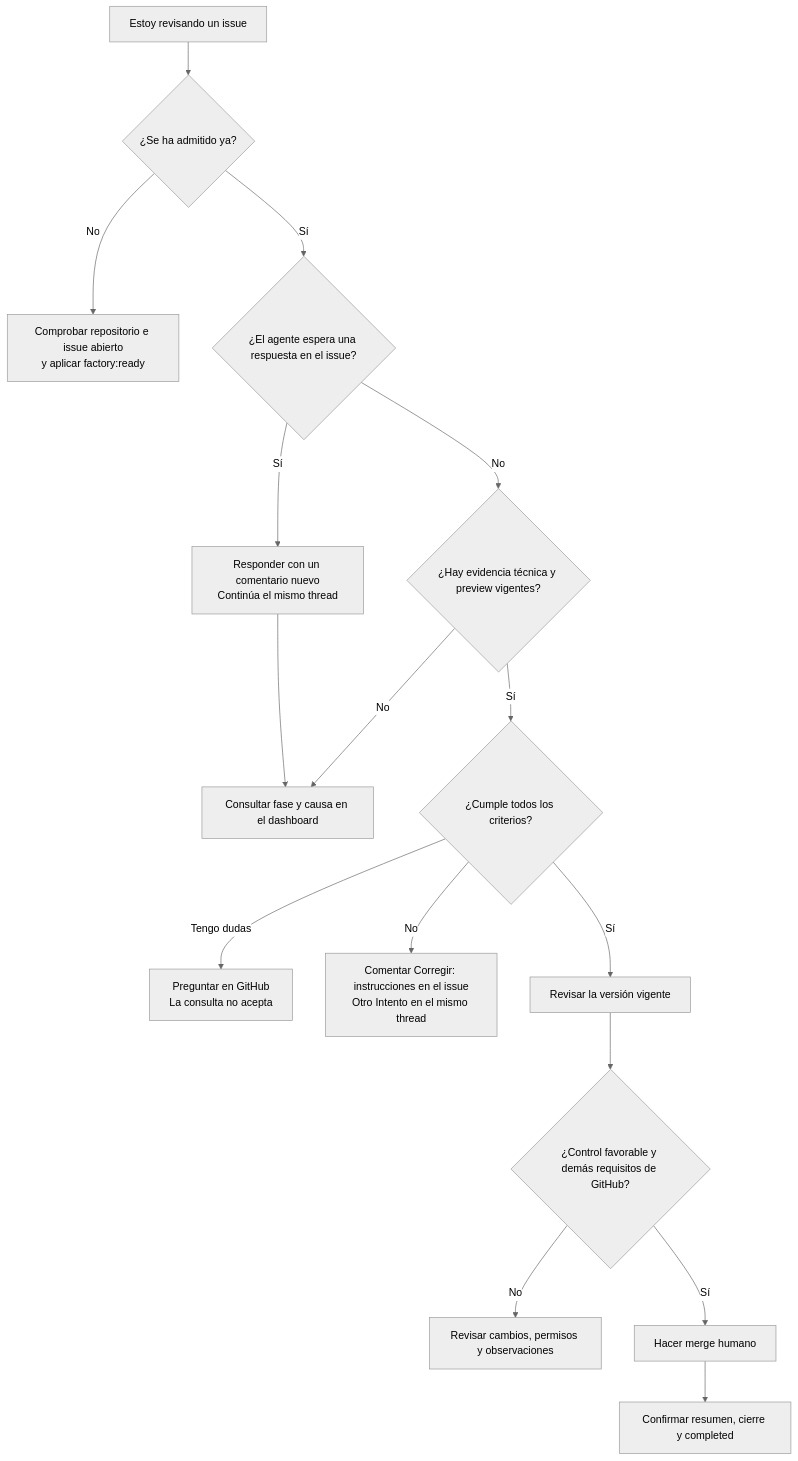
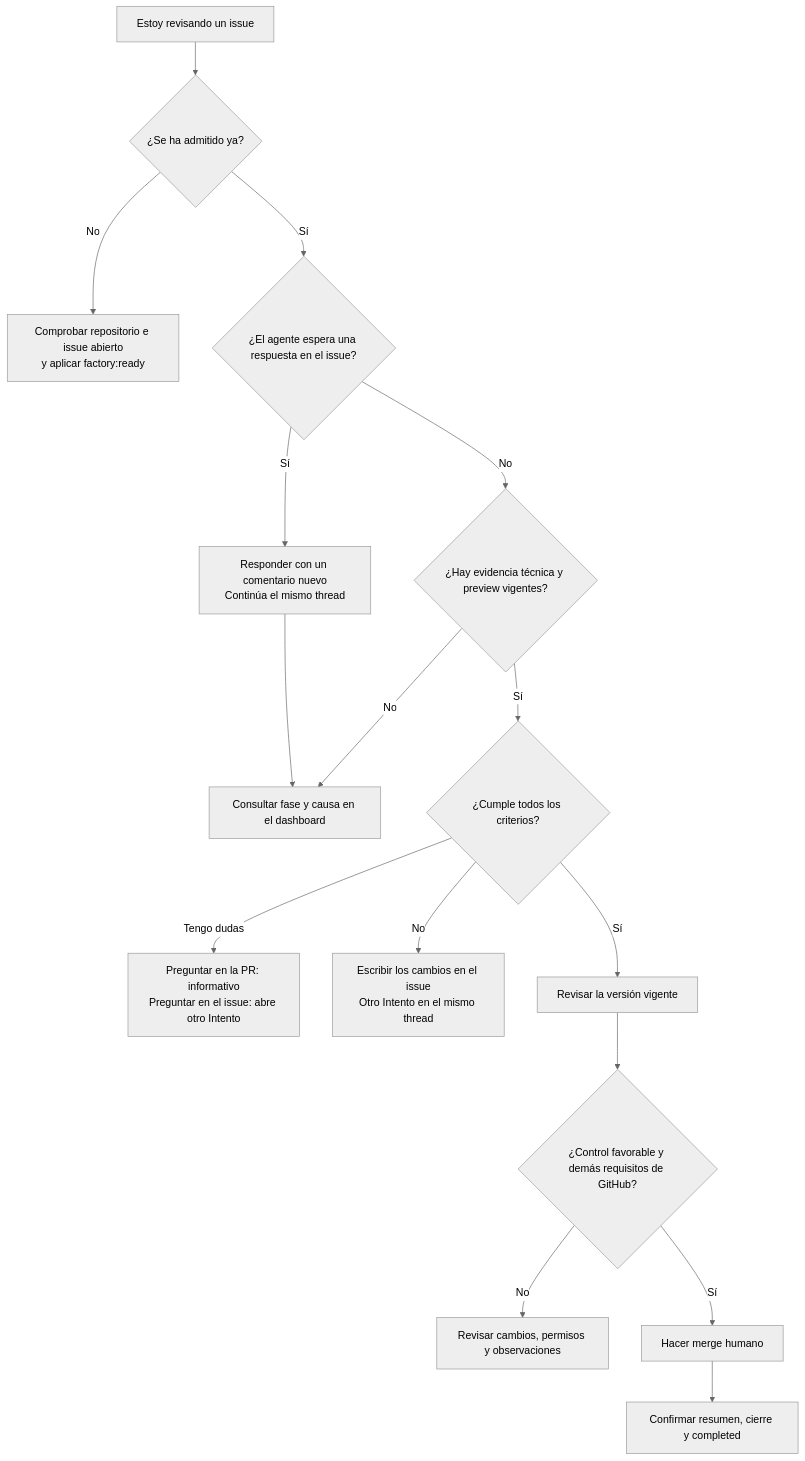
Before and after one commit to rubenbp/app-foundry: the diagram in docs/manual/06-guia-de-un-issue.md, drawn with Mermaid (neutral theme). The commit also changed other lines of this file and 18 other files, not shown here.

````diff
--- a/docs/manual/06-guia-de-un-issue.md
+++ b/docs/manual/06-guia-de-un-issue.md
@@ -30,18 +30,18 @@
 ```mermaid
 flowchart TD
     R["Estoy revisando un issue"] --> A{"¿Se ha admitido ya?"}
     A -->|"No"| P["Comprobar repositorio e issue abierto<br/>y aplicar factory:ready"]
     A -->|"Sí"| W{"¿El agente espera una respuesta en el issue?"}
     W -->|"Sí"| J["Responder con un comentario nuevo<br/>Continúa el mismo thread"]
     J --> E["Consultar fase y causa en el dashboard"]
     W -->|"No"| C{"¿Hay evidencia técnica y preview vigentes?"}
     C -->|"No"| E["Consultar fase y causa en el dashboard"]
     C -->|"Sí"| B{"¿Cumple todos los criterios?"}
-    B -->|"Tengo dudas"| Q["Preguntar en GitHub<br/>La consulta no acepta"]
-    B -->|"No"| X["Comentar Corregir: instrucciones en el issue<br/>Otro Intento en el mismo thread"]
+    B -->|"Tengo dudas"| Q["Preguntar en la PR: informativo<br/>Preguntar en el issue: abre otro Intento"]
+    B -->|"No"| X["Escribir los cambios en el issue<br/>Otro Intento en el mismo thread"]
     B -->|"Sí"| H["Revisar la versión vigente"]
     H --> G{"¿Control favorable y demás requisitos de GitHub?"}
     G -->|"No"| V["Revisar cambios, permisos y observaciones"]
     G -->|"Sí"| M["Hacer merge humano"]
     M --> F["Confirmar resumen, cierre y completed"]
 ```
````
